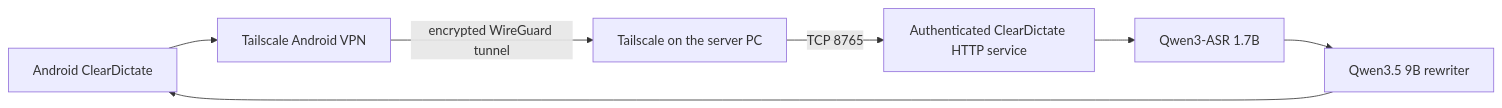
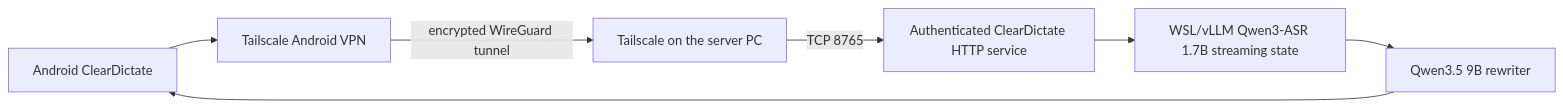
The diagram in docs/REMOTE_CLIENT_CONNECTIVITY.md (fuptup/clear_dictate), drawn with Mermaid before and after one commit. The commit also changed other lines of this file and 30 other files, not shown here.

Commit message:
Stream phone audio into WSL Qwen ASR

````diff
--- a/docs/REMOTE_CLIENT_CONNECTIVITY.md
+++ b/docs/REMOTE_CLIENT_CONNECTIVITY.md
@@ -13,9 +13,9 @@
 ```mermaid
 flowchart LR
     Phone["Android ClearDictate"] --> PhoneVpn["Tailscale Android VPN"]
     PhoneVpn -->|"encrypted WireGuard tunnel"| PcVpn["Tailscale on the server PC"]
     PcVpn -->|"TCP 8765"| Server["Authenticated ClearDictate HTTP service"]
-    Server --> Asr["Qwen3-ASR 1.7B"]
+    Server --> Asr["WSL/vLLM Qwen3-ASR 1.7B streaming state"]
     Asr --> Rewrite["Qwen3.5 9B rewriter"]
     Rewrite --> Phone
 ```
````
